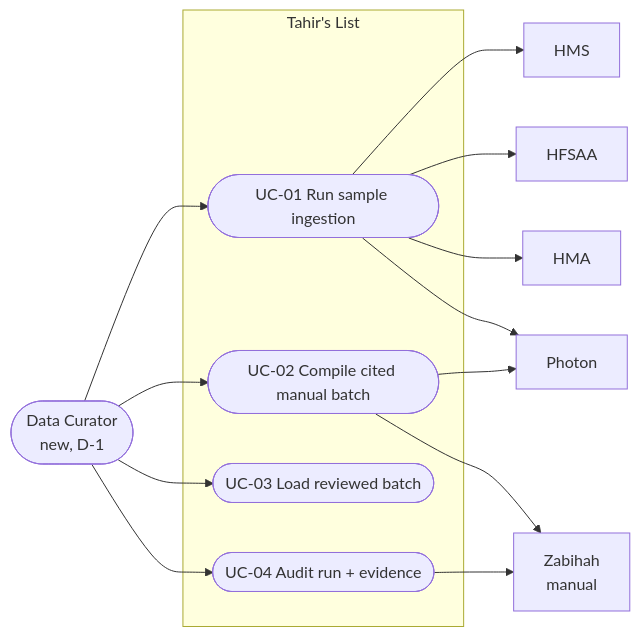
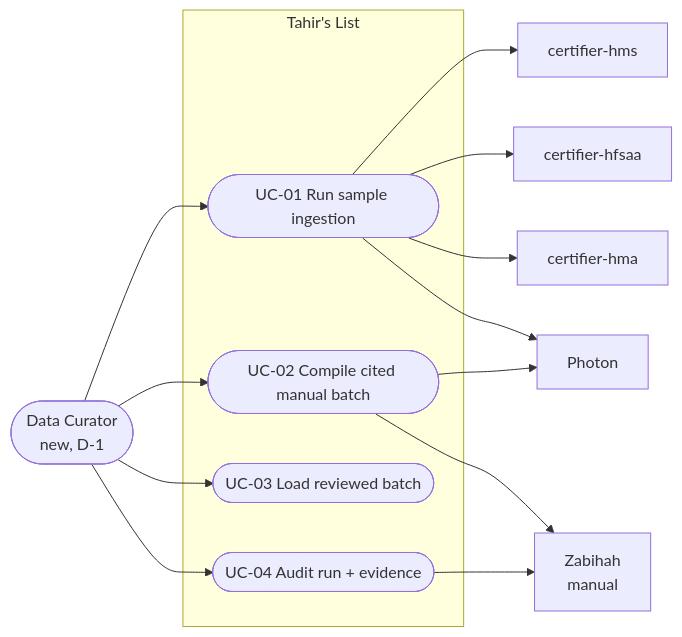
Before and after one commit to Losers-Lab/tahirs-list: the first of 2 diagrams in docs/features/SC-211/03-use-case-diagram.md, drawn with Mermaid. The commit also changed other lines of this file and 16 other files, not shown here.

````diff
--- a/docs/features/SC-211/03-use-case-diagram.md
+++ b/docs/features/SC-211/03-use-case-diagram.md
@@ -7,15 +7,15 @@
 ```mermaid
 flowchart LR
   DC([Data Curator<br/>new, D-1])
   subgraph S["Tahir's List"]
     UC1([UC-01 Run sample ingestion])
     UC2([UC-02 Compile cited manual batch])
     UC3([UC-03 Load reviewed batch])
     UC4([UC-04 Audit run + evidence])
   end
-  HMS[HMS]; HFSAA[HFSAA]; HMA[HMA]; ZAB[Zabihah<br/>manual]; PH[Photon]
+  HMS[certifier-hms]; HFSAA[certifier-hfsaa]; HMA[certifier-hma]; ZAB[Zabihah<br/>manual]; PH[Photon]
   DC --> UC1; DC --> UC2; DC --> UC3; DC --> UC4
   UC1 --> HMS; UC1 --> HFSAA; UC1 --> HMA; UC1 --> PH
   UC2 --> ZAB; UC2 --> PH
   UC4 --> ZAB
 ```
````
